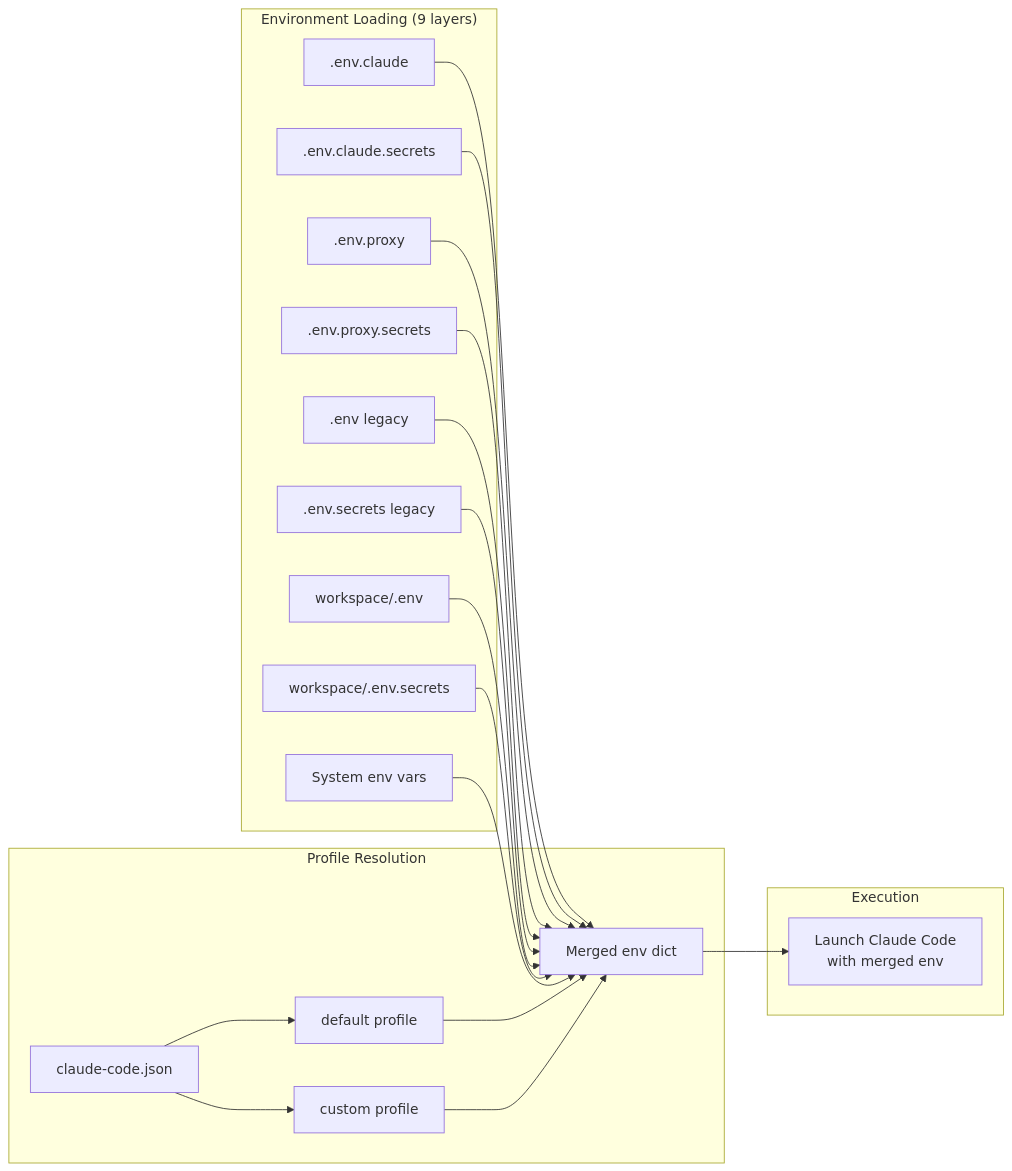
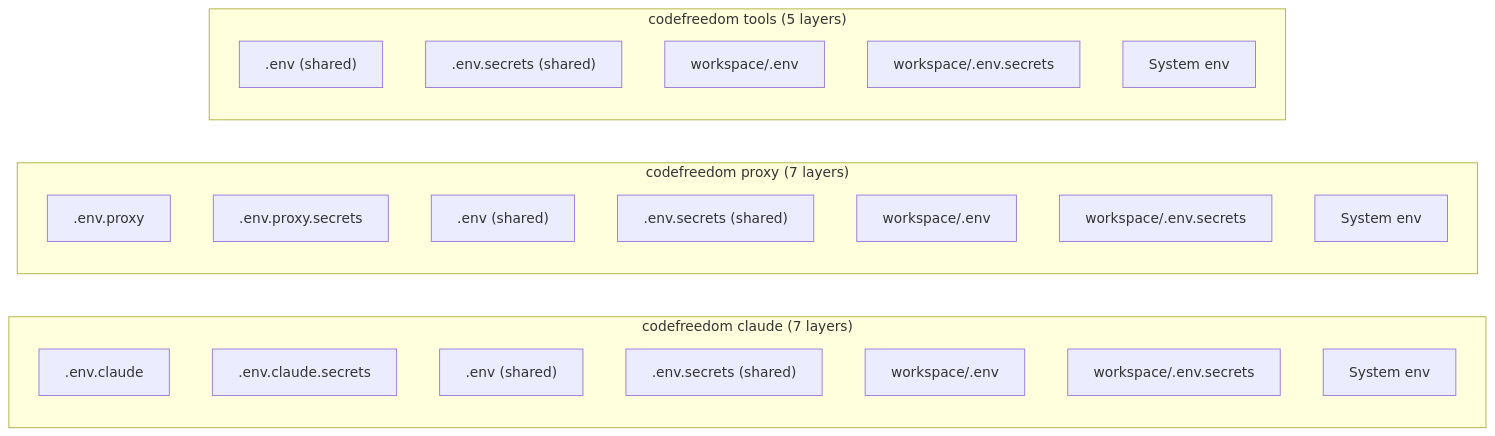
The second of 3 diagrams in docs/architecture.md (nilayparikh/codefreedom), drawn with Mermaid before and after one commit. The commit also changed other lines of this file and 54 other files, not shown here.

First line of the commit message:
feat: add admin subcommand, Chrome/Web tools, and proxy enhancements

````diff
--- a/docs/architecture.md
+++ b/docs/architecture.md
@@ -84,38 +86,30 @@
 ```mermaid
 flowchart LR
-    subgraph "Environment Loading (9 layers)"
-        C_ENV[".env.claude"]
-        C_SEC[".env.claude.secrets"]
-        P_ENV[".env.proxy"]
-        P_SEC[".env.proxy.secrets"]
-        LEG_ENV[".env legacy"]
-        LEG_SEC[".env.secrets legacy"]
-        WS_ENV["workspace/.env"]
-        WS_SEC["workspace/.env.secrets"]
-        SYS["System env vars"]
+    subgraph "codefreedom claude (7 layers)"
+        C1[".env.claude"]
+        C2[".env.claude.secrets"]
+        S1[".env (shared)"]
+        S2[".env.secrets (shared)"]
+        W1["workspace/.env"]
+        W2["workspace/.env.secrets"]
+        SYS1["System env"]
     end
 
-    subgraph "Profile Resolution"
-        PROF["claude-code.json"]
-        DEFAULT["default profile"]
-        CUSTOM["custom profile"]
-        MERGED["Merged env dict"]
+    subgraph "codefreedom proxy (7 layers)"
+        P1[".env.proxy"]
+        P2[".env.proxy.secrets"]
+        S1B[".env (shared)"]
+        S2B[".env.secrets (shared)"]
+        W1B["workspace/.env"]
+        W2B["workspace/.env.secrets"]
+        SYS2["System env"]
     end
 
-    subgraph "Execution"
-        CLAUDE_EXEC["Launch Claude Code<br/>with merged env"]
+    subgraph "codefreedom tools (5 layers)"
+        T1[".env (shared)"]
+        T2[".env.secrets (shared)"]
+        T3["workspace/.env"]
+        T4["workspace/.env.secrets"]
+        T5["System env"]
     end
-
-    C_ENV --> MERGED
-    C_SEC --> MERGED
-    P_ENV --> MERGED
-    P_SEC --> MERGED
-    LEG_ENV --> MERGED
-    LEG_SEC --> MERGED
-    WS_ENV --> MERGED
-    WS_SEC --> MERGED
-    SYS --> MERGED
-    PROF --> DEFAULT --> MERGED
-    PROF --> CUSTOM --> MERGED
-    MERGED --> CLAUDE_EXEC
 ```
````
